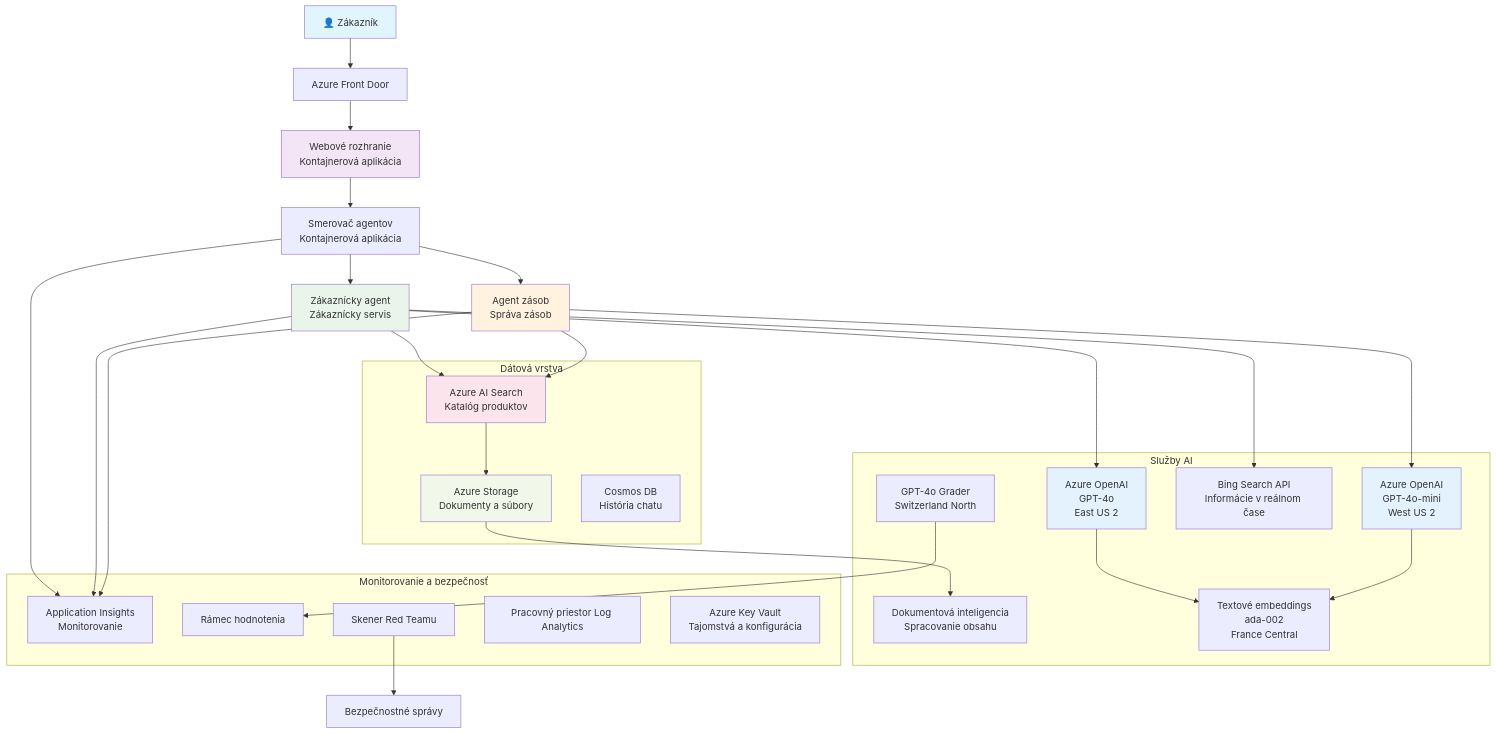
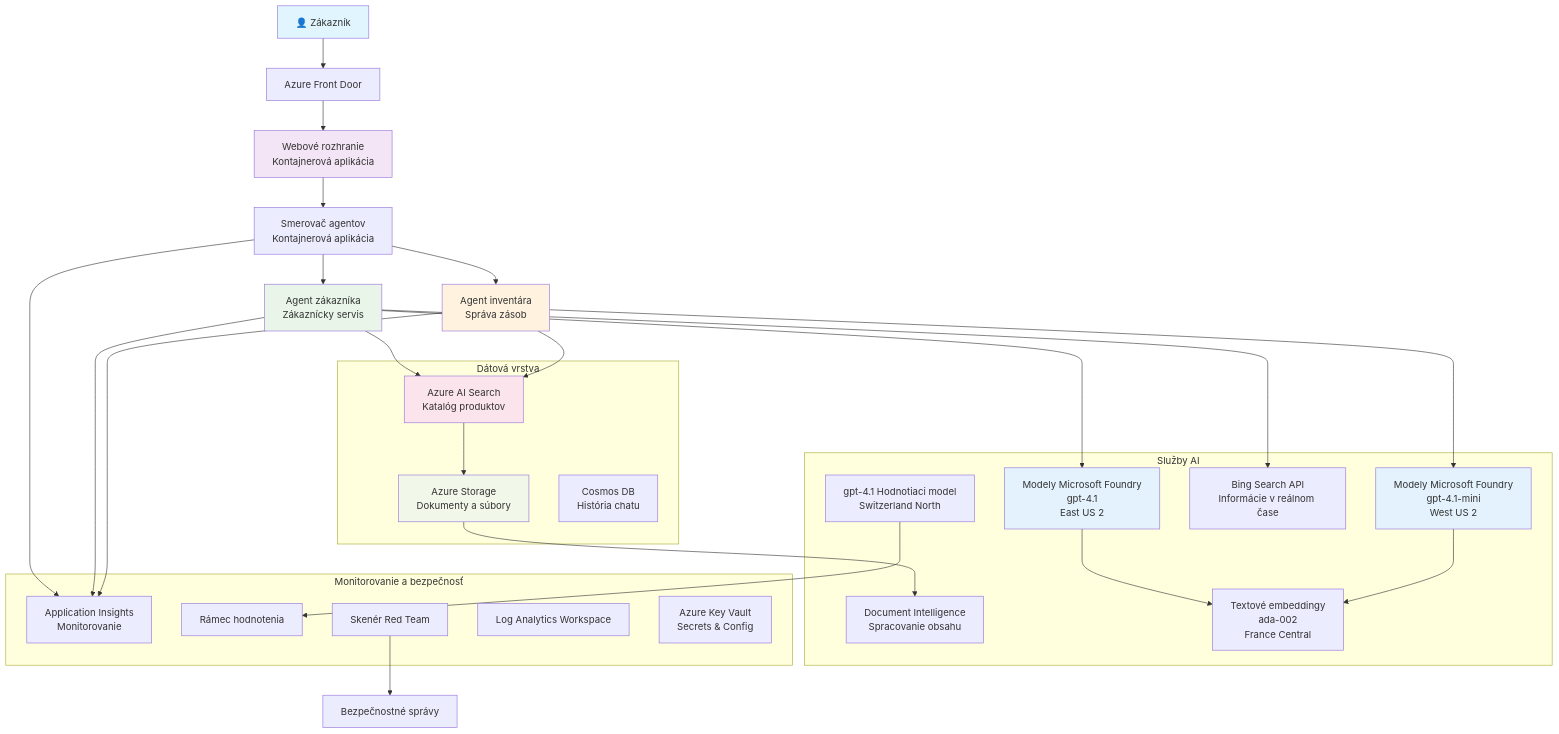
Before and after one commit to microsoft/AZD-for-beginners: the diagram in translations/sk/examples/retail-scenario.md, drawn with Mermaid. The commit also changed other lines of this file and 101 other files, not shown here.

````diff
--- a/translations/sk/examples/retail-scenario.md
+++ b/translations/sk/examples/retail-scenario.md
@@ -139,61 +139,61 @@
 ```mermaid
 graph TB
     User[👤 Zákazník] --> LB[Azure Front Door]
     LB --> WebApp[Webové rozhranie<br/>Kontajnerová aplikácia]
     
     WebApp --> Router[Smerovač agentov<br/>Kontajnerová aplikácia]
-    Router --> CustomerAgent[Zákaznícky agent<br/>Zákaznícky servis]
-    Router --> InvAgent[Agent zásob<br/>Správa zásob]
+    Router --> CustomerAgent[Agent zákazníka<br/>Zákaznícky servis]
+    Router --> InvAgent[Agent inventára<br/>Správa zásob]
     
-    CustomerAgent --> OpenAI1[Azure OpenAI<br/>GPT-4o<br/>East US 2]
-    InvAgent --> OpenAI2[Azure OpenAI<br/>GPT-4o-mini<br/>West US 2]
+    CustomerAgent --> OpenAI1[Modely Microsoft Foundry<br/>gpt-4.1<br/>East US 2]
+    InvAgent --> OpenAI2[Modely Microsoft Foundry<br/>gpt-4.1-mini<br/>West US 2]
     
     CustomerAgent --> AISearch[Azure AI Search<br/>Katalóg produktov]
     CustomerAgent --> BingSearch[Bing Search API<br/>Informácie v reálnom čase]
     InvAgent --> AISearch
     
     AISearch --> Storage[Azure Storage<br/>Dokumenty a súbory]
-    Storage --> DocIntel[Dokumentová inteligencia<br/>Spracovanie obsahu]
+    Storage --> DocIntel[Document Intelligence<br/>Spracovanie obsahu]
     
-    OpenAI1 --> Embeddings[Textové embeddings<br/>ada-002<br/>France Central]
+    OpenAI1 --> Embeddings[Textové embeddingy<br/>ada-002<br/>France Central]
     OpenAI2 --> Embeddings
     
     Router --> AppInsights[Application Insights<br/>Monitorovanie]
     CustomerAgent --> AppInsights
     InvAgent --> AppInsights
     
-    GraderModel[GPT-4o Grader<br/>Switzerland North] --> Evaluation[Rámec hodnotenia]
-    RedTeam[Skener Red Teamu] --> SecurityReports[Bezpečnostné správy]
+    GraderModel[gpt-4.1 Hodnotiaci model<br/>Switzerland North] --> Evaluation[Rámec hodnotenia]
+    RedTeam[Skenér Red Team] --> SecurityReports[Bezpečnostné správy]
     
     subgraph "Dátová vrstva"
         Storage
         AISearch
         CosmosDB[Cosmos DB<br/>História chatu]
     end
     
     subgraph "Služby AI"
         OpenAI1
         OpenAI2
         Embeddings
         GraderModel
         DocIntel
         BingSearch
     end
     
     subgraph "Monitorovanie a bezpečnosť"
         AppInsights
-        LogAnalytics[Pracovný priestor Log Analytics]
-        KeyVault[Azure Key Vault<br/>Tajomstvá a konfigurácia]
+        LogAnalytics[Log Analytics Workspace]
+        KeyVault[Azure Key Vault<br/>Secrets & Config]
         RedTeam
         Evaluation
     end
     
     style User fill:#e1f5fe
     style WebApp fill:#f3e5f5
     style CustomerAgent fill:#e8f5e8
     style InvAgent fill:#fff3e0
     style OpenAI1 fill:#e3f2fd
     style OpenAI2 fill:#e3f2fd
     style AISearch fill:#fce4ec
     style Storage fill:#f1f8e9
 ```
````
